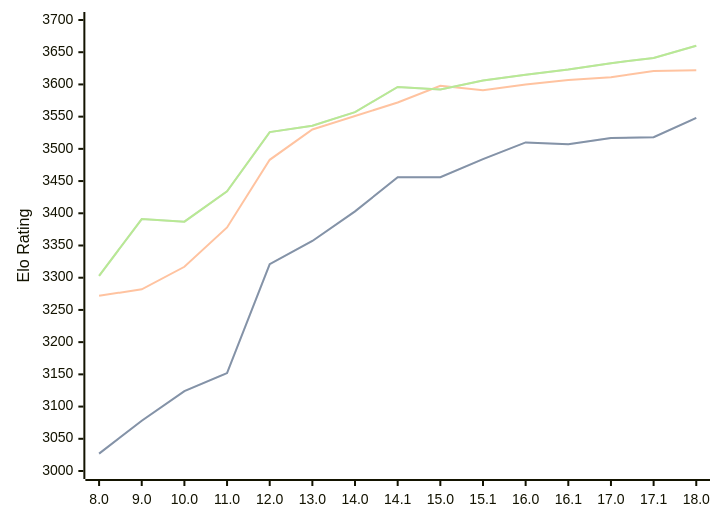
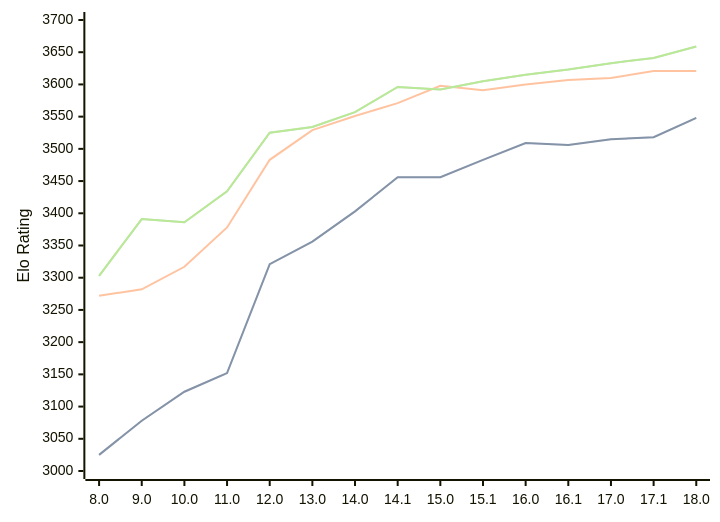
Before and after one commit to computer-chess-index/cci: the diagram in engines/Stockfish.md, drawn with Mermaid. The commit also changed other lines of this file, not shown here.

Commit message:
Update CCI Ratings (ELO VLTC) - 2026-03-17

````diff
--- a/engines/Stockfish.md
+++ b/engines/Stockfish.md
@@ -44,11 +44,11 @@
 ```mermaid
 %%{init: {"theme":"base","themeVariables":{"seriesColors:['#a3a3a3','#222221','#faa371']}}}%%
 xychart-beta
   x-axis ["8.0", "9.0", "10.0", "11.0", "12.0", "13.0", "14.0", "14.1", "15.0", "15.1", "16.0", "16.1", "17.0", "17.1", "18.0"]
   y-axis "Elo Rating" 3000 --> 3700
-  line "STC (8.0+0.08s)" [3027, 3078, 3124, 3152, 3321, 3357, 3403, 3456, 3456, 3484, 3510, 3507, 3517, 3518, 3548]
-  line "STC (8.0+0.08s)" [3027, 3078, 3124, 3152, 3321, 3357, 3403, 3456, 3456, 3484, 3510, 3507, 3517, 3518, 3548]
-  line "LTC (60.0+0.60s)" [3272, 3282, 3317, 3378, 3483, 3530, 3551, 3572, 3598, 3591, 3600, 3607, 3611, 3621, 3622]
-  line "VLTC (2m24s+1.12s)" [3303, 3391, 3387, 3434, 3526, 3536, 3557, 3596, 3592, 3606, 3615, 3623, 3633, 3641, 3660]
-  line "VLTC (2m24s+1.12s)" [3303, 3391, 3387, 3434, 3526, 3536, 3557, 3596, 3592, 3606, 3615, 3623, 3633, 3641, 3660]
+  line "STC (8.0+0.08s)" [3025, 3078, 3123, 3152, 3321, 3356, 3403, 3456, 3456, 3483, 3509, 3506, 3515, 3518, 3548]
+  line "STC (8.0+0.08s)" [3025, 3078, 3123, 3152, 3321, 3356, 3403, 3456, 3456, 3483, 3509, 3506, 3515, 3518, 3548]
+  line "LTC (60.0+0.60s)" [3272, 3282, 3317, 3378, 3483, 3529, 3551, 3571, 3598, 3591, 3600, 3607, 3610, 3621, 3621]
+  line "VLTC (2m24s+1.12s)" [3303, 3391, 3386, 3434, 3525, 3534, 3557, 3596, 3592, 3605, 3615, 3623, 3633, 3641, 3659]
+  line "VLTC (2m24s+1.12s)" [3303, 3391, 3386, 3434, 3525, 3534, 3557, 3596, 3592, 3605, 3615, 3623, 3633, 3641, 3659]
 ```
````
